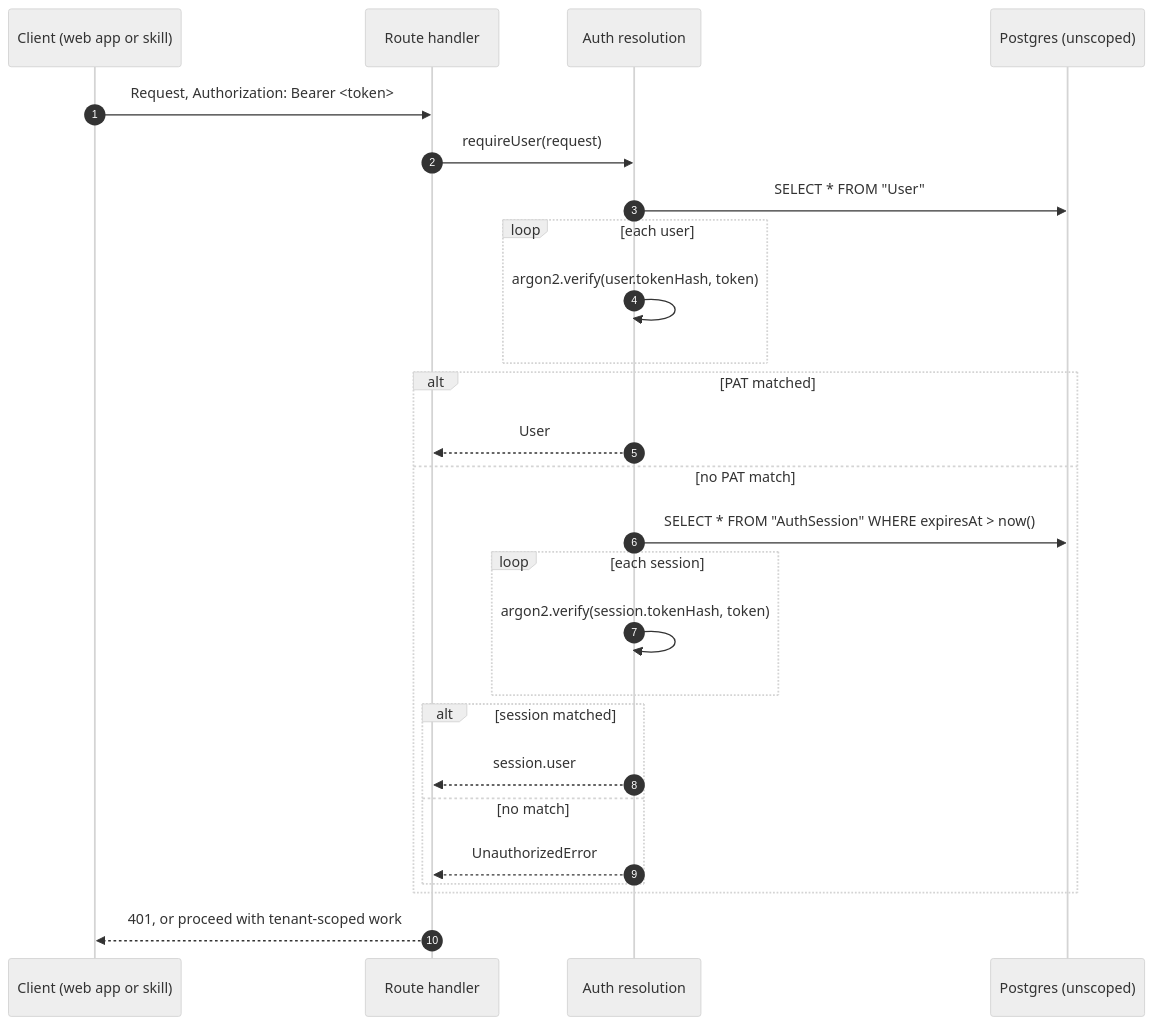
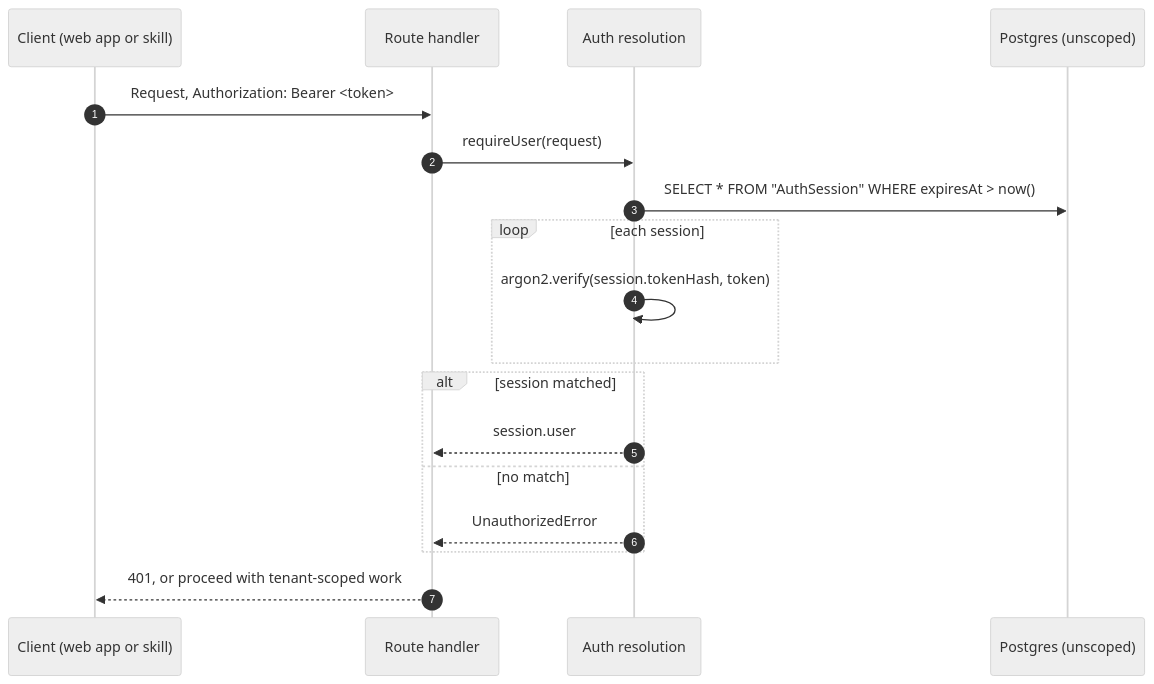
One commit to JaxzTan/todo_list changed the fourth of 8 diagrams in architecture.md. Above: the diagram before and after it, drawn with Mermaid (neutral theme). The commit also changed other lines of this file and 27 other files, not shown here.

````diff
--- a/architecture.md
+++ b/architecture.md
@@ -383,29 +390,21 @@
 ```mermaid
 sequenceDiagram
     autonumber
     participant C as Client (web app or skill)
     participant R as Route handler
     participant A as Auth resolution
     participant D as Postgres (unscoped)
 
     C->>R: Request, Authorization: Bearer <token>
     R->>A: requireUser(request)
-    A->>D: SELECT * FROM "User"
-    loop each user
-        A->>A: argon2.verify(user.tokenHash, token)
+    A->>D: SELECT * FROM "AuthSession" WHERE expiresAt > now()
+    loop each session
+        A->>A: argon2.verify(session.tokenHash, token)
     end
-    alt PAT matched
-        A-->>R: User
-    else no PAT match
-        A->>D: SELECT * FROM "AuthSession" WHERE expiresAt > now()
-        loop each session
-            A->>A: argon2.verify(session.tokenHash, token)
-        end
-        alt session matched
-            A-->>R: session.user
-        else no match
-            A-->>R: UnauthorizedError
-        end
+    alt session matched
+        A-->>R: session.user
+    else no match
+        A-->>R: UnauthorizedError
     end
     R-->>C: 401, or proceed with tenant-scoped work
 ```
````
